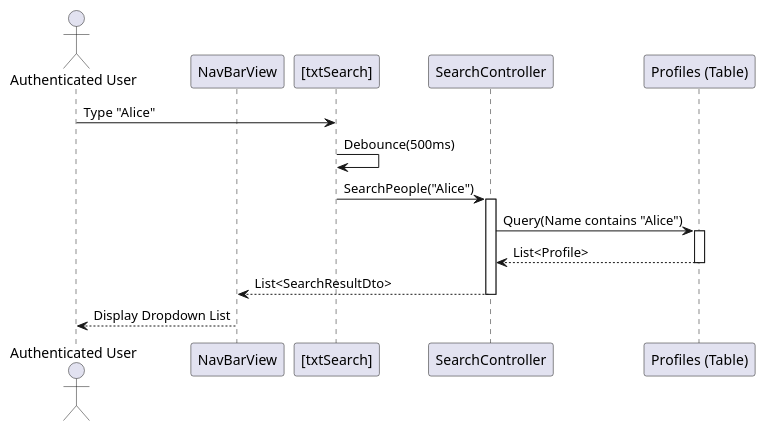
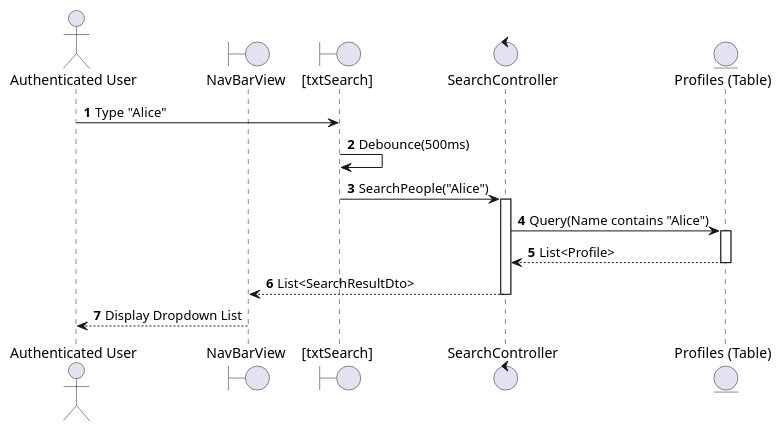
The eighth of 14 diagrams in UC_2.1.6_Adjust_Friend.md (I-Love-U-3000/Favi-BE), drawn with PlantUML before and after one commit. The commit also changed other lines of this file and 36 other files, not shown here.

````diff
--- a/UC_2.1.6_Adjust_Friend.md
+++ b/UC_2.1.6_Adjust_Friend.md
@@ -401,21 +341,22 @@
 ```plantuml
 @startuml
+autonumber
 actor "Authenticated User" as User
-participant "NavBarView" as View
-participant "[txtSearch]" as Input
-participant "SearchController" as Controller
-participant "Profiles (Table)" as DB
+boundary "NavBarView" as View
+boundary "[txtSearch]" as Input
+control "SearchController" as Controller
+entity "Profiles (Table)" as DB
 
 User -> Input: Type "Alice"
 Input -> Input: Debounce(500ms)
 Input -> Controller: SearchPeople("Alice")
 activate Controller
 Controller -> DB: Query(Name contains "Alice")
 activate DB
 DB --> Controller: List<Profile>
 deactivate DB
 Controller --> View: List<SearchResultDto>
 deactivate Controller
 View --> User: Display Dropdown List
 @enduml
 ```
````
